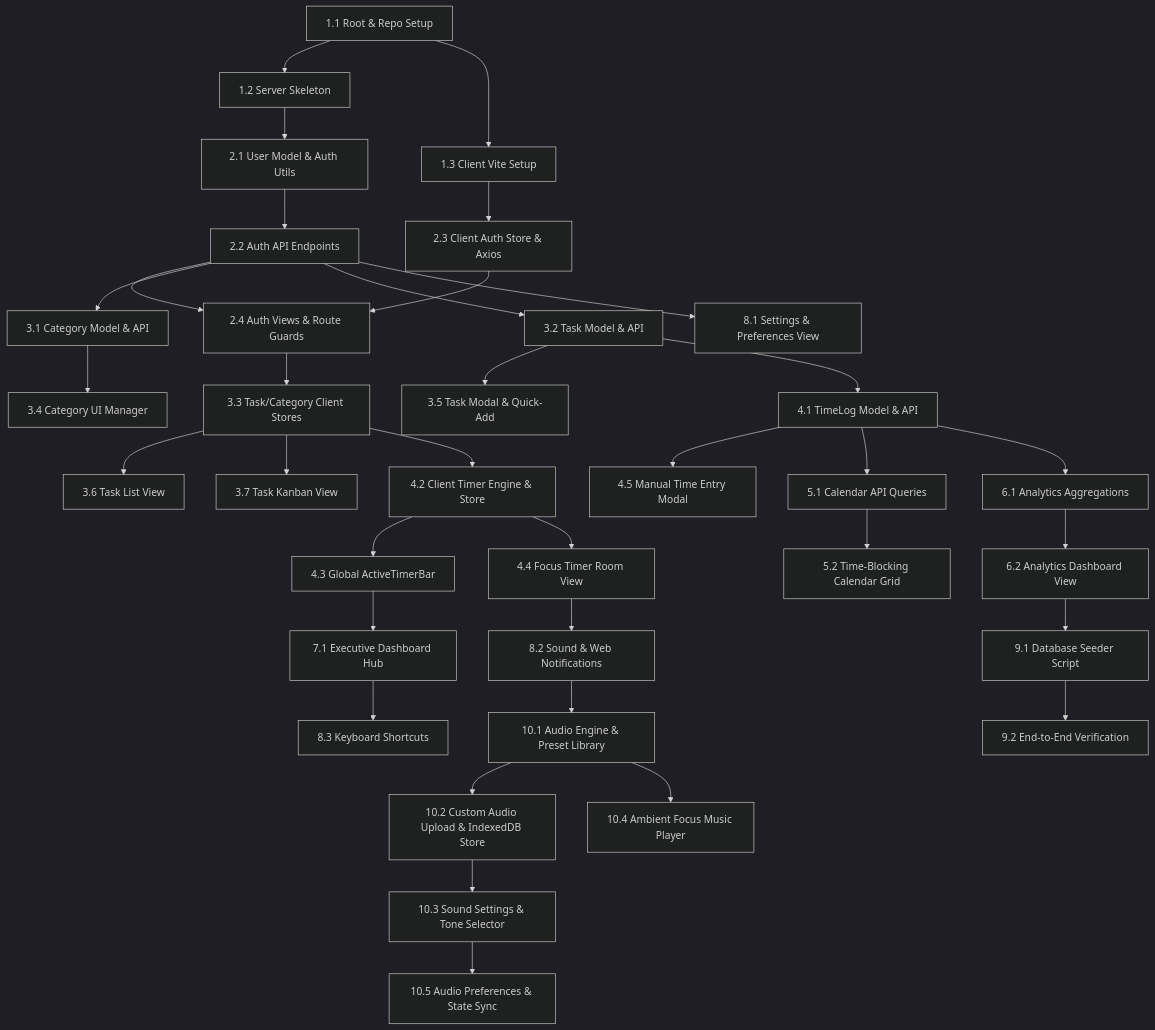
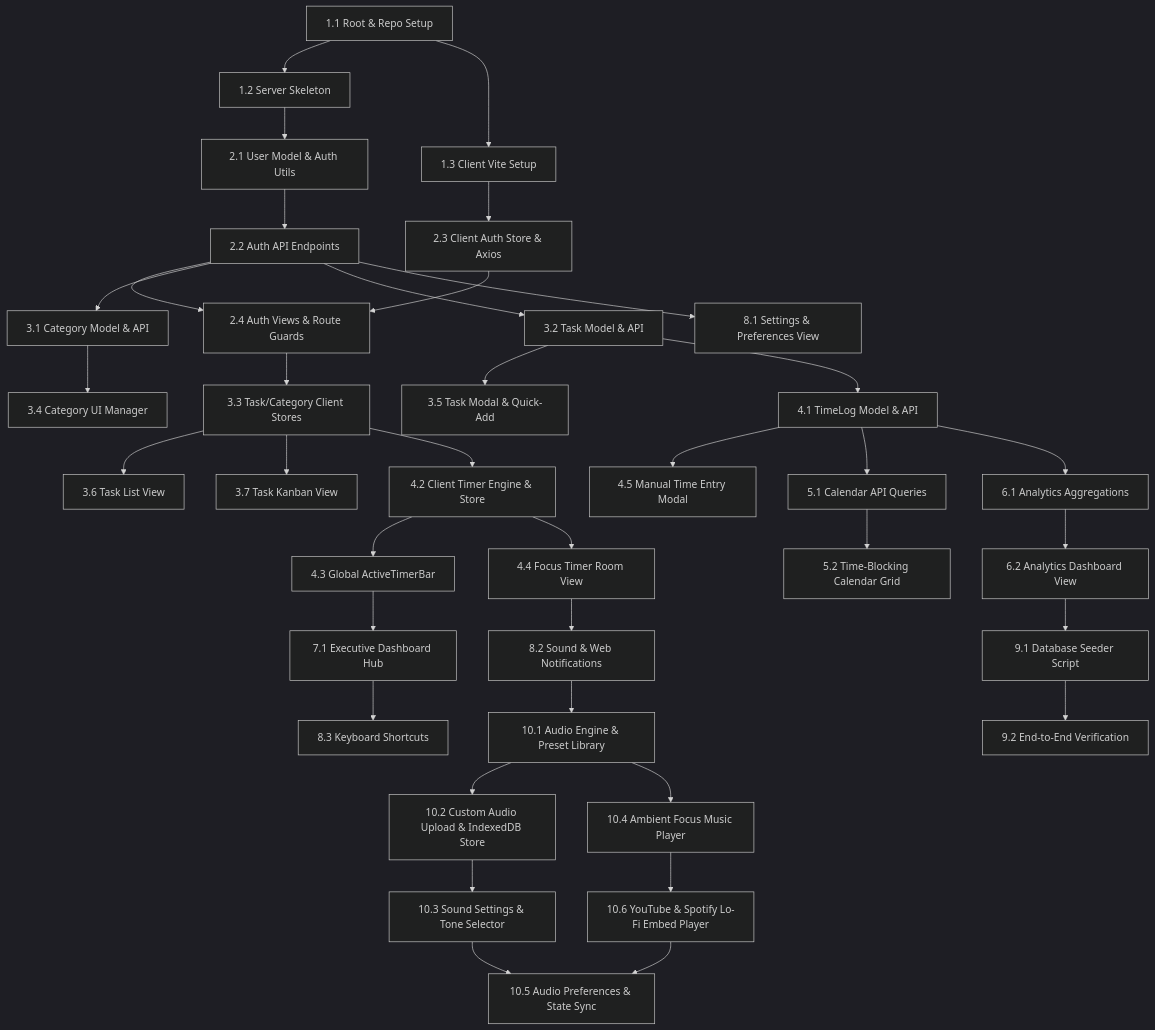
Before and after one commit to Suminona06/timemanagement: the diagram in tasks.md, drawn with Mermaid (dark theme). The commit also changed other lines of this file and 1 other file, not shown here.

Commit message:
docs: add section 10.6 and Task 10.6 for custom ambient lofi and youtube/spotify embeds

````diff
--- a/tasks.md
+++ b/tasks.md
@@ -15,44 +15,46 @@
 ```mermaid
 graph TD
     T1_1[1.1 Root & Repo Setup] --> T1_2[1.2 Server Skeleton]
     T1_1 --> T1_3[1.3 Client Vite Setup]
     
     T1_2 --> T2_1[2.1 User Model & Auth Utils]
     T2_1 --> T2_2[2.2 Auth API Endpoints]
     T1_3 --> T2_3[2.3 Client Auth Store & Axios]
     T2_2 --> T2_4[2.4 Auth Views & Route Guards]
     T2_3 --> T2_4
     
     T2_2 --> T3_1[3.1 Category Model & API]
     T2_2 --> T3_2[3.2 Task Model & API]
     T2_4 --> T3_3[3.3 Task/Category Client Stores]
     T3_1 --> T3_4[3.4 Category UI Manager]
     T3_2 --> T3_5[3.5 Task Modal & Quick-Add]
     T3_3 --> T3_6[3.6 Task List View]
     T3_3 --> T3_7[3.7 Task Kanban View]
     
     T3_2 --> T4_1[4.1 TimeLog Model & API]
     T3_3 --> T4_2[4.2 Client Timer Engine & Store]
     T4_2 --> T4_3[4.3 Global ActiveTimerBar]
     T4_2 --> T4_4[4.4 Focus Timer Room View]
     T4_1 --> T4_5[4.5 Manual Time Entry Modal]
     
     T4_1 --> T5_1[5.1 Calendar API Queries]
     T4_1 --> T6_1[6.1 Analytics Aggregations]
     T5_1 --> T5_2[5.2 Time-Blocking Calendar Grid]
     T6_1 --> T6_2[6.2 Analytics Dashboard View]
     
     T4_3 --> T7_1[7.1 Executive Dashboard Hub]
     T2_2 --> T8_1[8.1 Settings & Preferences View]
     T4_4 --> T8_2[8.2 Sound & Web Notifications]
     T7_1 --> T8_3[8.3 Keyboard Shortcuts]
     
     T6_2 --> T9_1[9.1 Database Seeder Script]
     T9_1 --> T9_2[9.2 End-to-End Verification]
 
     T8_2 --> T10_1[10.1 Audio Engine & Preset Library]
     T10_1 --> T10_2[10.2 Custom Audio Upload & IndexedDB Store]
     T10_2 --> T10_3[10.3 Sound Settings & Tone Selector]
     T10_1 --> T10_4[10.4 Ambient Focus Music Player]
+    T10_4 --> T10_6[10.6 YouTube & Spotify Lo-Fi Embed Player]
     T10_3 --> T10_5[10.5 Audio Preferences & State Sync]
+    T10_6 --> T10_5
 ```
````
